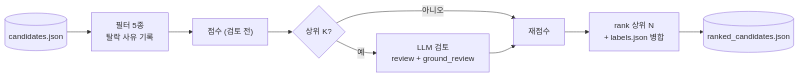
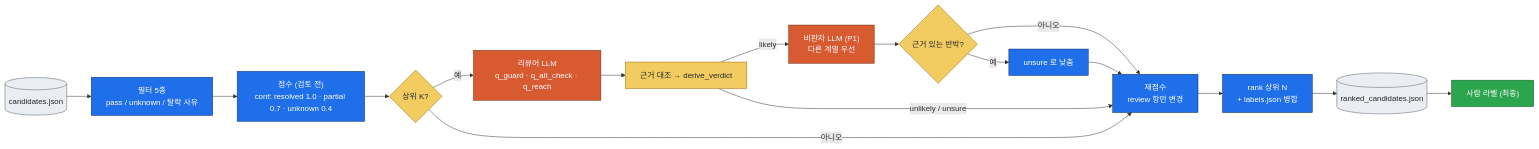
The eighth of 9 diagrams in docs/architecture.md (meonjalgwi/aosp-1day-pipeline), drawn with Mermaid before and after one commit. The commit also changed other lines of this file and 3 other files, not shown here.

First line of the commit message:
docs: 구조도 v2.2와 LLM 사용·검증 구조 문서

````diff
--- a/docs/architecture.md
+++ b/docs/architecture.md
@@ -157,11 +252,23 @@
 ```mermaid
 flowchart LR
-    C[("candidates.json")] --> F["필터 5종<br/>탈락 사유 기록"]
-    F --> S1["점수 (검토 전)"]
-    S1 --> K{"상위 K?"}
-    K -- 예 --> R["LLM 검토<br/>review + ground_review"]
-    K -- 아니오 --> S2
-    R --> S2["재점수"]
-    S2 --> RK["rank 상위 N<br/>+ labels.json 병합"]
-    RK --> O[("ranked_candidates.json")]
+    C[("candidates.json")]:::io --> F["필터 5종<br/>pass / unknown / 탈락 사유"]:::code
+    F --> S1["점수 (검토 전)<br/>conf: resolved 1.0 · partial 0.7 · unknown 0.4"]:::code
+    S1 --> K{"상위 K?"}:::gate
+    K -- 예 --> R["리뷰어 LLM<br/>q_guard · q_alt_check · q_reach"]:::llm
+    R --> G["근거 대조 → derive_verdict"]:::gate
+    G -- likely --> CR["비판자 LLM (P1)<br/>다른 계열 우선"]:::llm
+    CR --> G2{"근거 있는 반박?"}:::gate
+    G2 -- 예 --> U["unsure 로 낮춤"]:::code
+    G2 -- 아니오 --> S2
+    U --> S2
+    G -- "unlikely / unsure" --> S2
+    K -- 아니오 --> S2["재점수<br/>review 항만 변경"]:::code
+    S2 --> RK["rank 상위 N<br/>+ labels.json 병합"]:::code
+    RK --> O[("ranked_candidates.json")]:::io
+    O --> HU["사람 라벨 (최종)"]:::human
+    classDef code fill:#1f6feb,stroke:#0b2a66,color:#fff;
+    classDef llm fill:#d85a30,stroke:#712b13,color:#fff;
+    classDef gate fill:#f2cc60,stroke:#9a6700,color:#24292f;
+    classDef human fill:#2da44e,stroke:#116329,color:#fff;
+    classDef io fill:#eaeef2,stroke:#57606a,color:#24292f;
 ```
````
